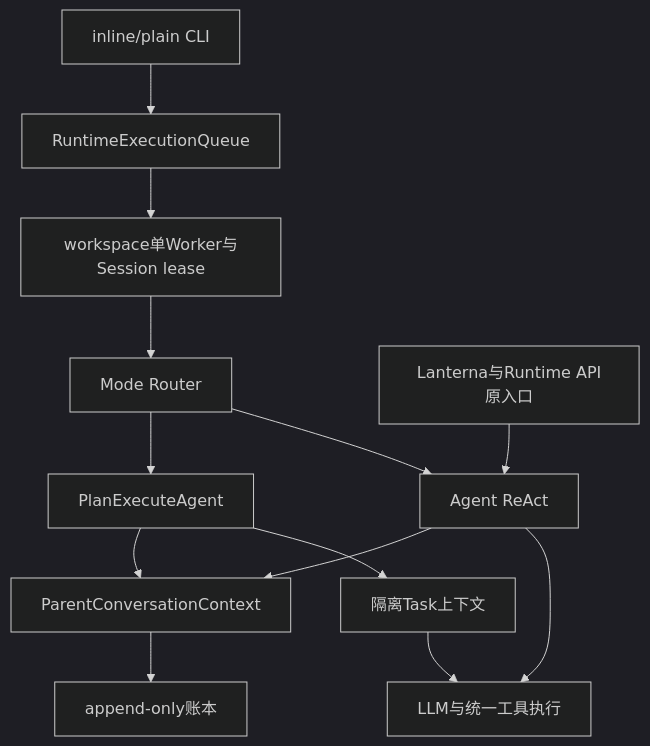
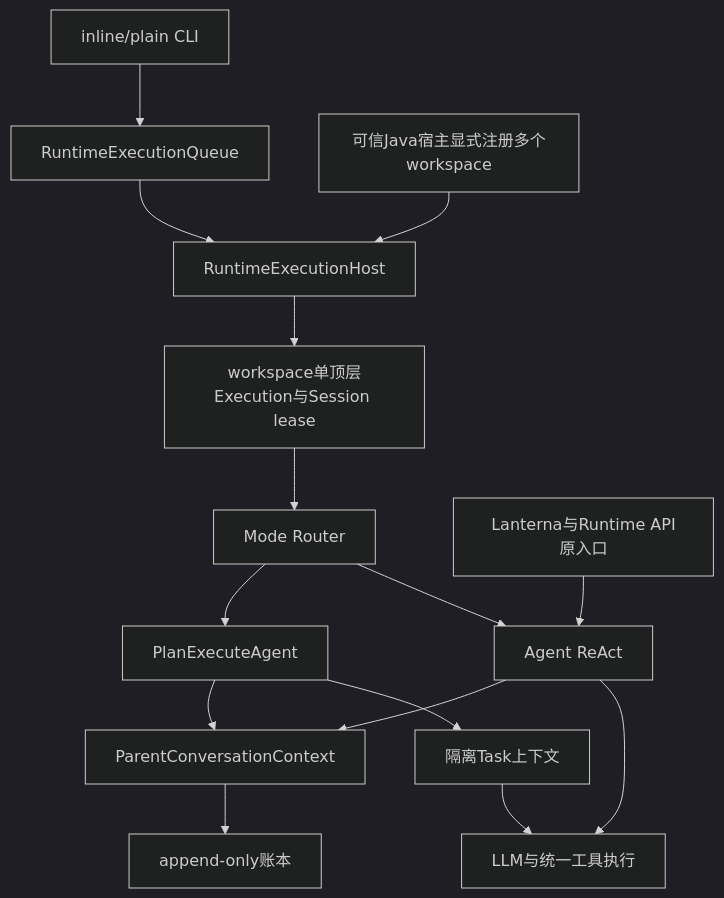
One commit to zgjdev/Code-Agent changed the diagram in docs/implementation/01-runtime-and-agent-foundation.md. Above: the diagram before and after it, drawn with Mermaid (dark theme). The commit also changed other lines of this file and 4 other files, not shown here.

````diff
--- a/docs/implementation/01-runtime-and-agent-foundation.md
+++ b/docs/implementation/01-runtime-and-agent-foundation.md
@@ -27,15 +27,17 @@
 ```mermaid
 graph TD
     CLI[inline/plain CLI] --> Q[RuntimeExecutionQueue]
-    Q --> W[workspace单Worker与Session lease]
+    Q --> H[RuntimeExecutionHost]
+    H --> W[workspace单顶层Execution与Session lease]
+    Java[可信Java宿主显式注册多个workspace] --> H
     W --> Router[Mode Router]
     Router --> React[Agent ReAct]
     Router --> Plan[PlanExecuteAgent]
     Other[Lanterna与Runtime API原入口] --> React
     Plan --> Tasks[隔离Task上下文]
     React --> Core[LLM与统一工具执行]
     Tasks --> Core
     React --> Parent[ParentConversationContext]
     Plan --> Parent
     Parent --> Ledger[append-only账本]
 ```
````
